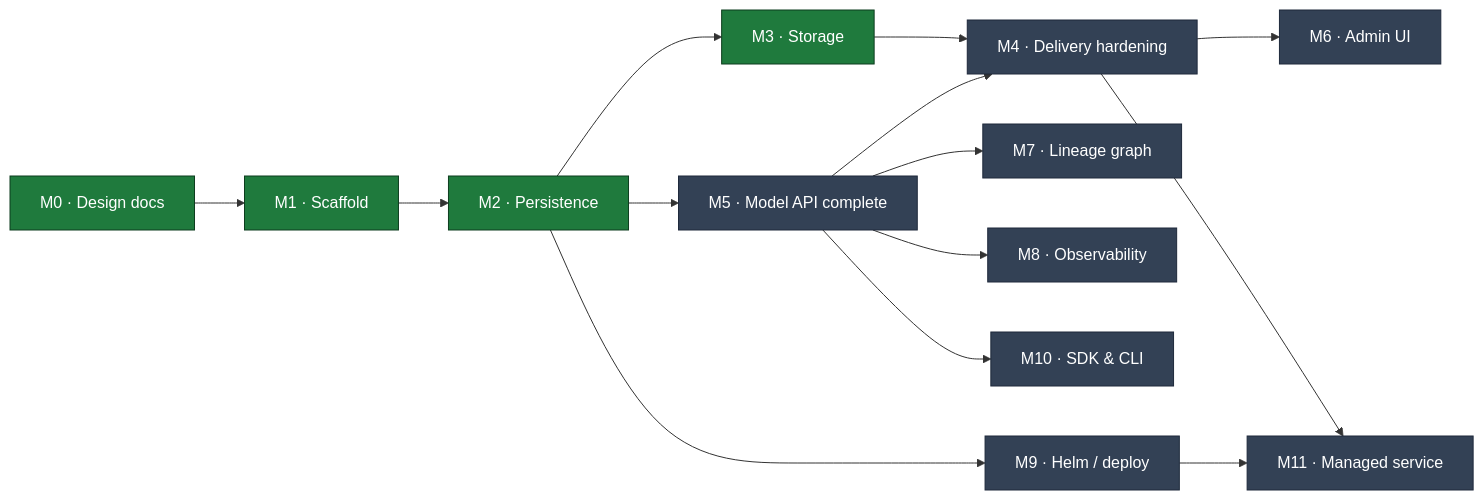
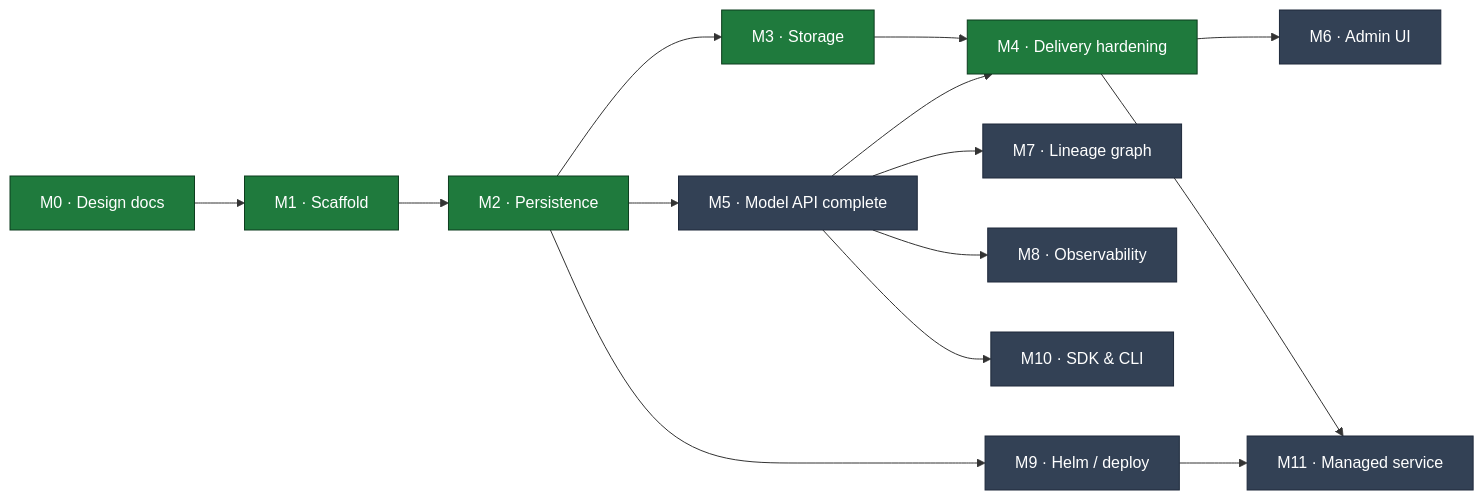
The diagram in MILESTONES.md (proseria-research/lineage), drawn with Mermaid before and after one commit. The commit also changed other lines of this file and 10 other files, not shown here.

````diff
--- a/MILESTONES.md
+++ b/MILESTONES.md
@@ -11,22 +11,22 @@
 ```mermaid
 flowchart LR
     M0["M0 · Design docs"] --> M1["M1 · Scaffold"]
     M1 --> M2["M2 · Persistence"]
     M2 --> M3["M3 · Storage"]
     M2 --> M5["M5 · Model API complete"]
     M3 --> M4["M4 · Delivery hardening"]
     M5 --> M4
     M5 --> M7["M7 · Lineage graph"]
     M4 --> M6["M6 · Admin UI"]
     M5 --> M8["M8 · Observability"]
     M2 --> M9["M9 · Helm / deploy"]
     M5 --> M10["M10 · SDK & CLI"]
     M9 --> M11["M11 · Managed service"]
     M4 --> M11
 
     classDef done fill:#1f7a3d,stroke:#0d3d1e,color:#fff;
     classDef active fill:#b45309,stroke:#7c3a06,color:#fff;
     classDef todo fill:#334155,stroke:#1e293b,color:#fff;
-    class M0,M1,M2,M3 done;
-    class M4,M5,M6,M7,M8,M9,M10,M11 todo;
+    class M0,M1,M2,M3,M4 done;
+    class M5,M6,M7,M8,M9,M10,M11 todo;
 ```
````
